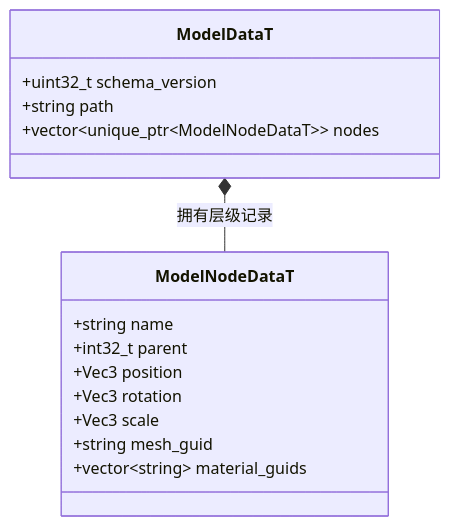
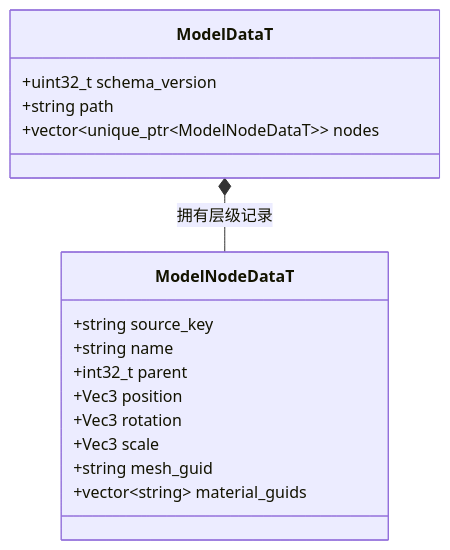
Before and after one commit to lcals/Engine: the third of 5 diagrams in docs/runtime/class-diagrams/model-resources.md, drawn with Mermaid. The commit also changed other lines of this file and 193 other files, not shown here.

````diff
--- a/docs/runtime/class-diagrams/model-resources.md
+++ b/docs/runtime/class-diagrams/model-resources.md
@@ -55,18 +55,19 @@
 ```mermaid
 classDiagram
     class ModelDataT {
         +uint32_t schema_version
         +string path
         +vector~unique_ptr~ModelNodeDataT~~ nodes
     }
     class ModelNodeDataT {
+        +string source_key
         +string name
         +int32_t parent
         +Vec3 position
         +Vec3 rotation
         +Vec3 scale
         +string mesh_guid
         +vector~string~ material_guids
     }
     ModelDataT *-- ModelNodeDataT : 拥有层级记录
 ```
````
